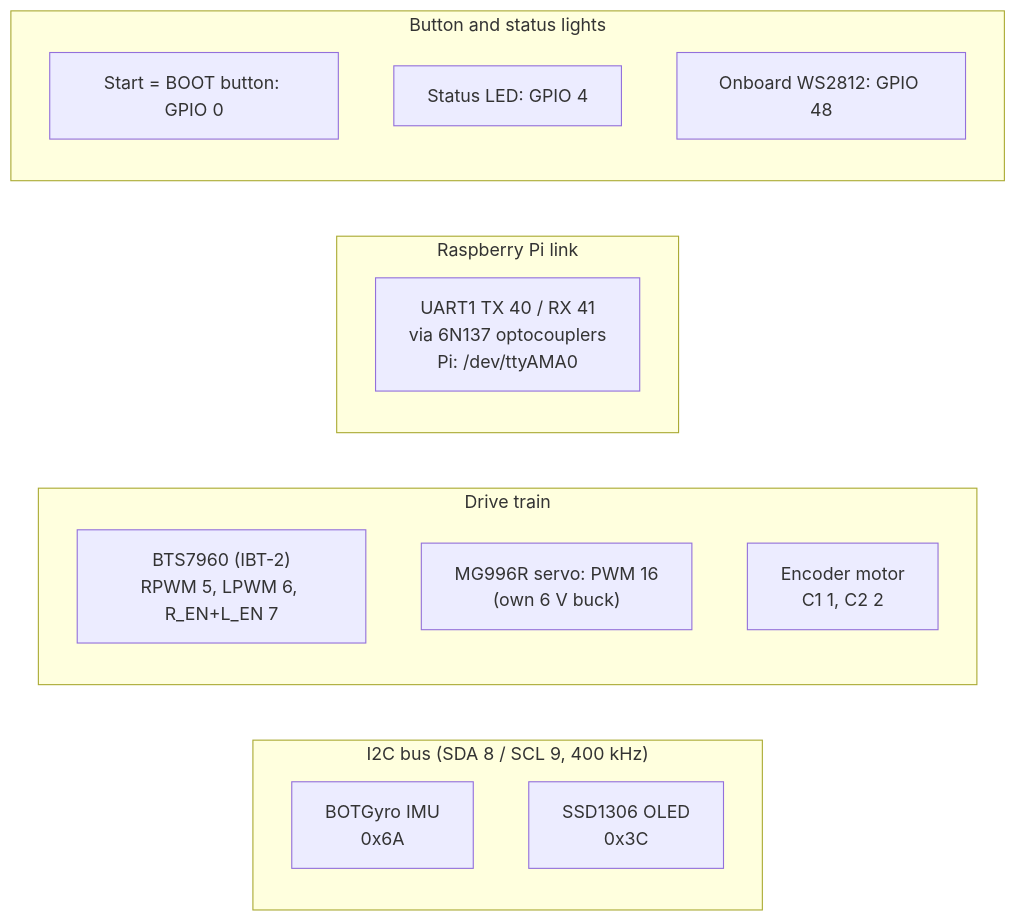
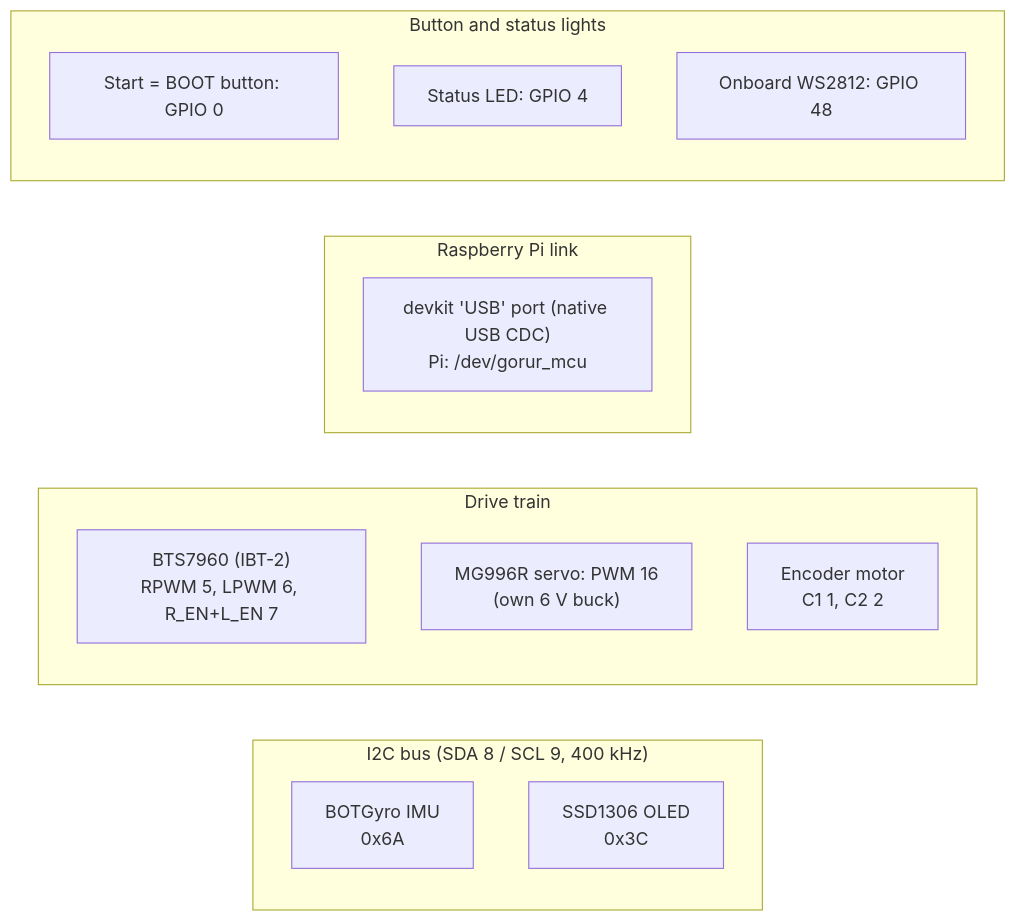
The diagram in firmware/pin-map.md (muztahiddurjoy/gorur_gari_2026), drawn with Mermaid before and after one commit. The commit also changed other lines of this file and 8 other files, not shown here.

First line of the commit message:
docs: Pi link is native USB on the devkit's "USB" port

````diff
--- a/firmware/pin-map.md
+++ b/firmware/pin-map.md
@@ -7,20 +7,20 @@
 ```mermaid
 flowchart LR
     subgraph I2C["I2C bus (SDA 8 / SCL 9, 400 kHz)"]
         IMU["BOTGyro IMU\n0x6A"]
         OLED["SSD1306 OLED\n0x3C"]
     end
     subgraph DRIVE["Drive train"]
         MOTOR["BTS7960 (IBT-2)\nRPWM 5, LPWM 6, R_EN+L_EN 7"]
         SERVO["MG996R servo: PWM 16\n(own 6 V buck)"]
         ENC["Encoder motor\nC1 1, C2 2"]
     end
     subgraph LINK["Raspberry Pi link"]
-        UART["UART1 TX 40 / RX 41\nvia 6N137 optocouplers\nPi: /dev/ttyAMA0"]
+        USB["devkit 'USB' port (native USB CDC)\nPi: /dev/gorur_mcu"]
     end
     subgraph IO["Button and status lights"]
         B1["Start = BOOT button: GPIO 0"]
         L1["Status LED: GPIO 4"]
         L3["Onboard WS2812: GPIO 48"]
     end
 ```
````
